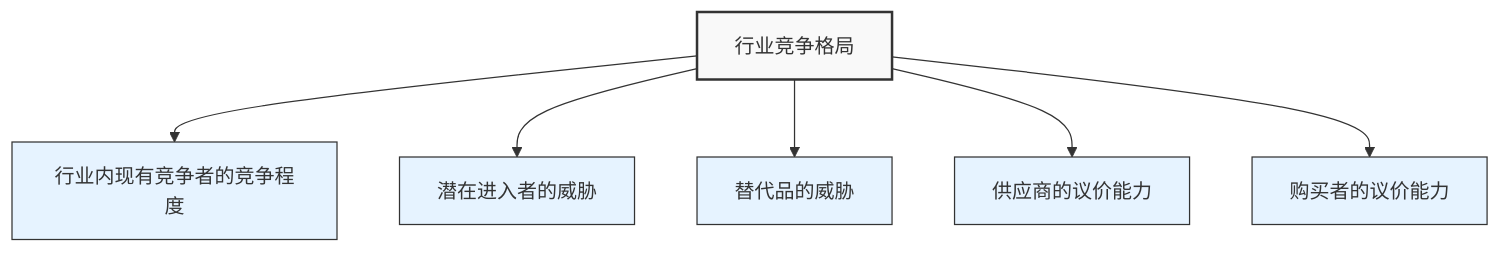
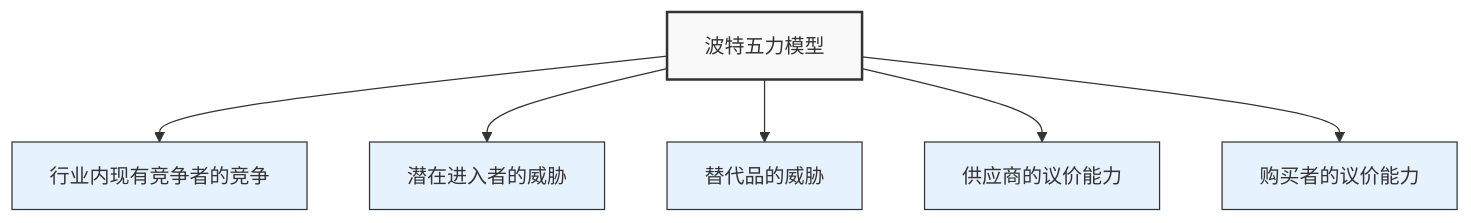
The first of 3 diagrams in src/site/notes/知识共享/002_商业分析/02_笔记/02_方法工具/波特五力模型应用笔记.md (amcoimg/my-digital-garden), drawn with Mermaid before and after one commit. The commit also changed other lines of this file, not shown here.

````diff
--- a/src/site/notes/知识共享/002_商业分析/02_笔记/02_方法工具/波特五力模型应用笔记.md
+++ b/src/site/notes/知识共享/002_商业分析/02_笔记/02_方法工具/波特五力模型应用笔记.md
@@ -23,15 +17,15 @@
 ```mermaid
 graph TD
-    A[行业竞争格局] --> B[行业内现有竞争者的竞争程度]
+    A[波特五力模型] --> B[行业内现有竞争者的竞争]
     A --> C[潜在进入者的威胁]
     A --> D[替代品的威胁]
     A --> E[供应商的议价能力]
     A --> F[购买者的议价能力]
     
     style A fill:#f9f9f9,stroke:#333,stroke-width:2px
     style B fill:#e6f3ff,stroke:#333,stroke-width:1px
     style C fill:#e6f3ff,stroke:#333,stroke-width:1px
     style D fill:#e6f3ff,stroke:#333,stroke-width:1px
     style E fill:#e6f3ff,stroke:#333,stroke-width:1px
     style F fill:#e6f3ff,stroke:#333,stroke-width:1px
 ```
````
